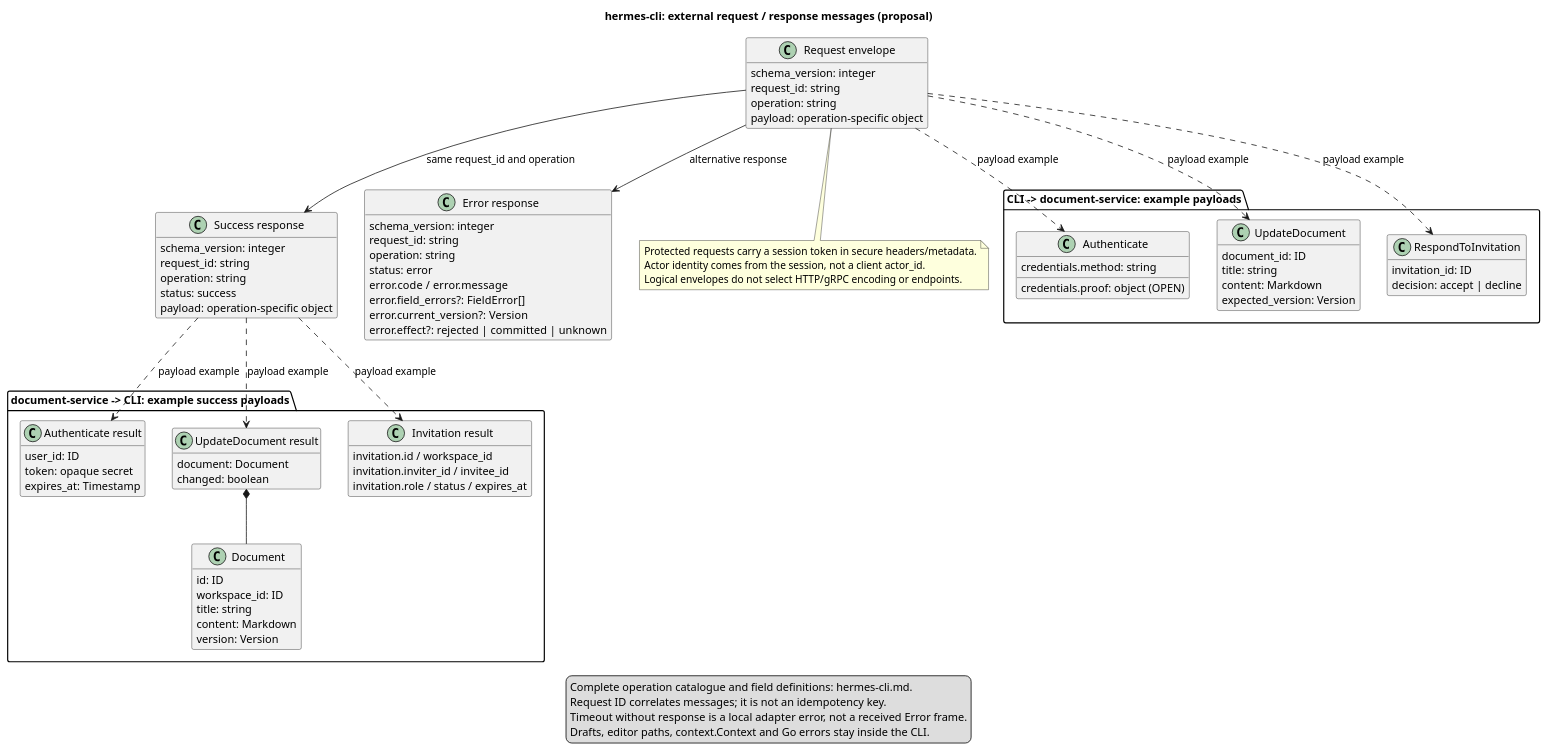
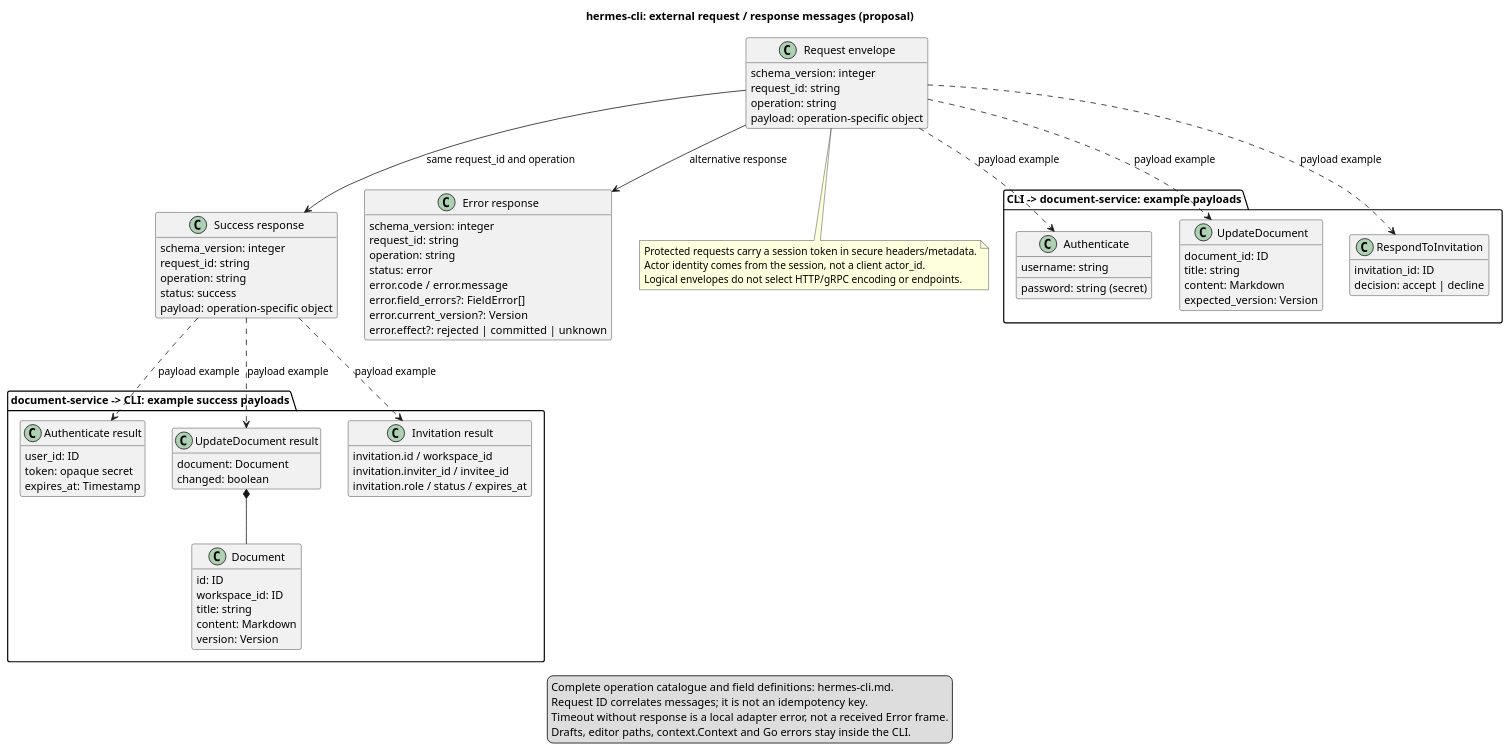
Before and after one commit to ravenclawprog/hermes: the first of 2 diagrams in arch/contracts/external/hermes-cli.puml, drawn with PlantUML. The commit also changed 10 other files, not shown here.

```diff
--- a/arch/contracts/external/hermes-cli.puml
+++ b/arch/contracts/external/hermes-cli.puml
@@ -1,89 +1,89 @@
 @startuml HermesCLIExternalRequests
 title hermes-cli: external request / response messages (proposal)
 top to bottom direction
 skinparam classAttributeIconSize 0
 hide empty members
 
 class "Request envelope" as Request {
   schema_version: integer
   request_id: string
   operation: string
   payload: operation-specific object
 }
 class "Success response" as Success {
   schema_version: integer
   request_id: string
   operation: string
   status: success
   payload: operation-specific object
 }
 class "Error response" as Error {
   schema_version: integer
   request_id: string
   operation: string
   status: error
   error.code / error.message
   error.field_errors?: FieldError[]
   error.current_version?: Version
   error.effect?: rejected | committed | unknown
 }
 package "CLI -> document-service: example payloads" {
   class Authenticate {
-    credentials.method: string
-    credentials.proof: object (OPEN)
+    username: string
+    password: string (secret)
   }
   class UpdateDocument {
     document_id: ID
     title: string
     content: Markdown
     expected_version: Version
   }
   class RespondToInvitation {
     invitation_id: ID
     decision: accept | decline
   }
 }
 package "document-service -> CLI: example success payloads" {
   class "Authenticate result" as Session {
     user_id: ID
     token: opaque secret
     expires_at: Timestamp
   }
   class "UpdateDocument result" as Write {
     document: Document
     changed: boolean
   }
   class Document {
     id: ID
     workspace_id: ID
     title: string
     content: Markdown
     version: Version
   }
   class "Invitation result" as Invitation {
     invitation.id / workspace_id
     invitation.inviter_id / invitee_id
     invitation.role / status / expires_at
   }
 }
 Request ..> Authenticate : payload example
 Request ..> UpdateDocument : payload example
 Request ..> RespondToInvitation : payload example
 Success ..> Session : payload example
 Success ..> Write : payload example
 Success ..> Invitation : payload example
 Write *-- Document
 Request --> Success : same request_id and operation
 Request --> Error : alternative response
 note bottom of Request
   Protected requests carry a session token in secure headers/metadata.
   Actor identity comes from the session, not a client actor_id.
   Logical envelopes do not select HTTP/gRPC encoding or endpoints.
 end note
 legend bottom
   Complete operation catalogue and field definitions: hermes-cli.md.
   Request ID correlates messages; it is not an idempotency key.
   Timeout without response is a local adapter error, not a received Error frame.
   Drafts, editor paths, context.Context and Go errors stay inside the CLI.
 endlegend
 @enduml
```
